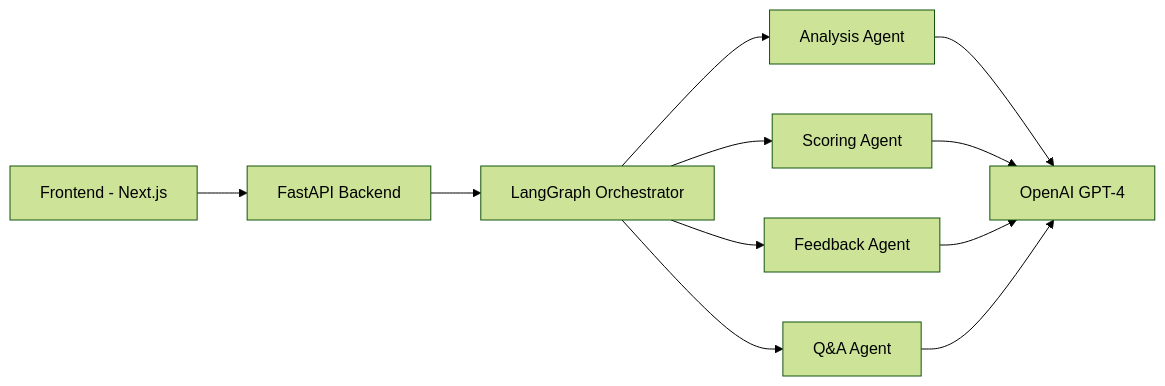
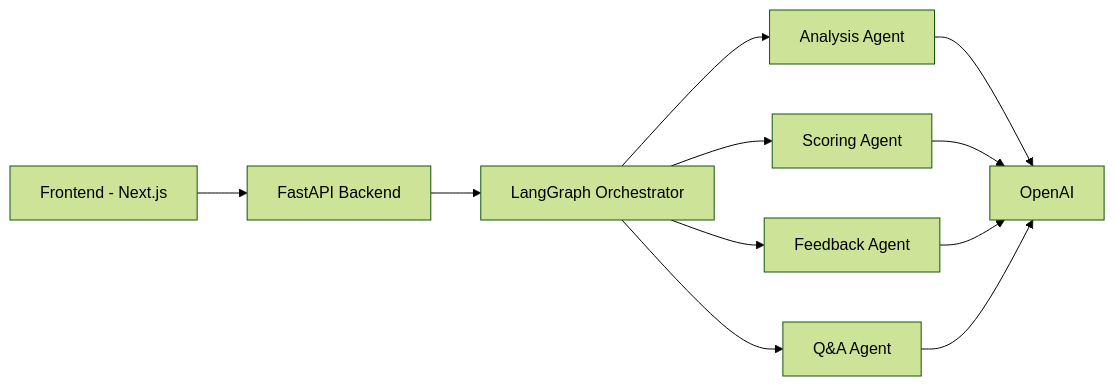
One commit to Akshat2634/PitchPilot-AI-Powered-Investor-Deck-Analyzer-Coach changed the diagram in README.md. Above: the diagram before and after it, drawn with Mermaid (forest theme). The commit also changed other lines of this file, not shown here.

````diff
--- a/README.md
+++ b/README.md
@@ -39,13 +39,13 @@
 ```mermaid
 graph LR
     A[Frontend - Next.js] --> B[FastAPI Backend]
     B --> C[LangGraph Orchestrator]
     C --> D[Analysis Agent]
     C --> E[Scoring Agent]
     C --> F[Feedback Agent]
     C --> G[Q&A Agent]
-    D --> H[OpenAI GPT-4]
+    D --> H[OpenAI]
     E --> H
     F --> H
     G --> H
 ```
````
